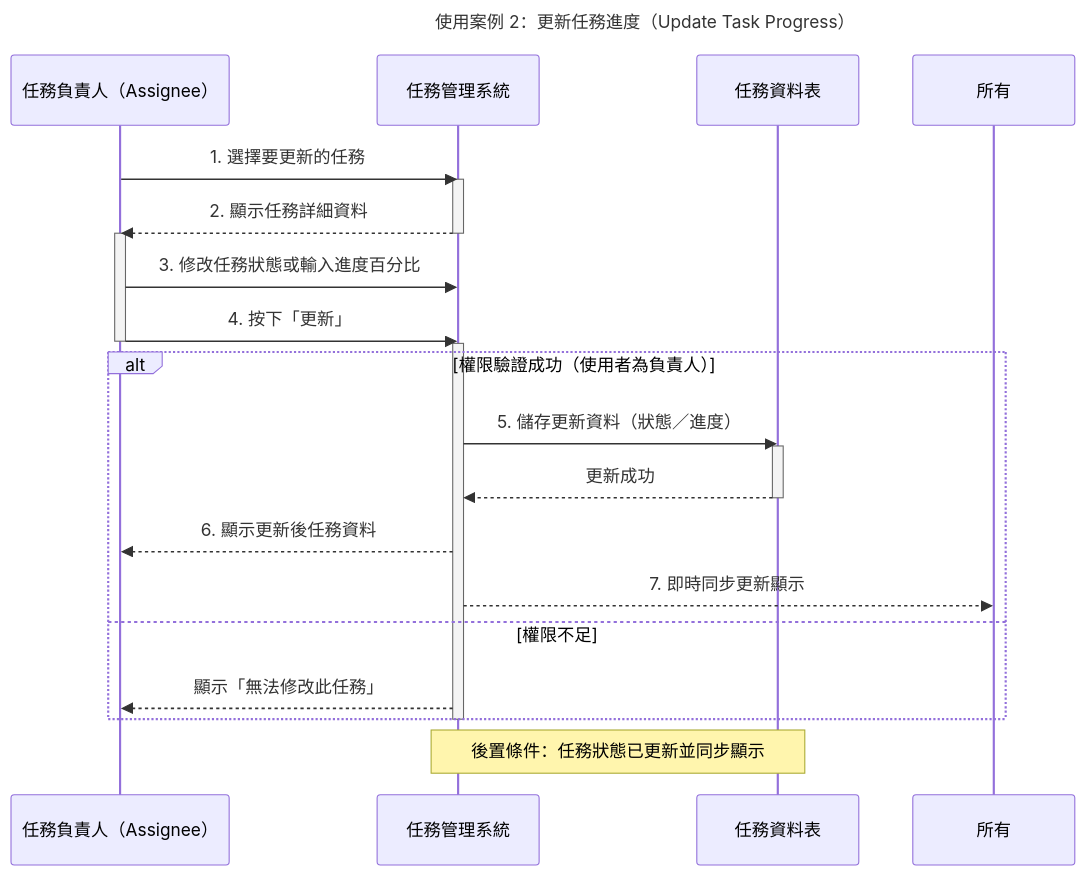
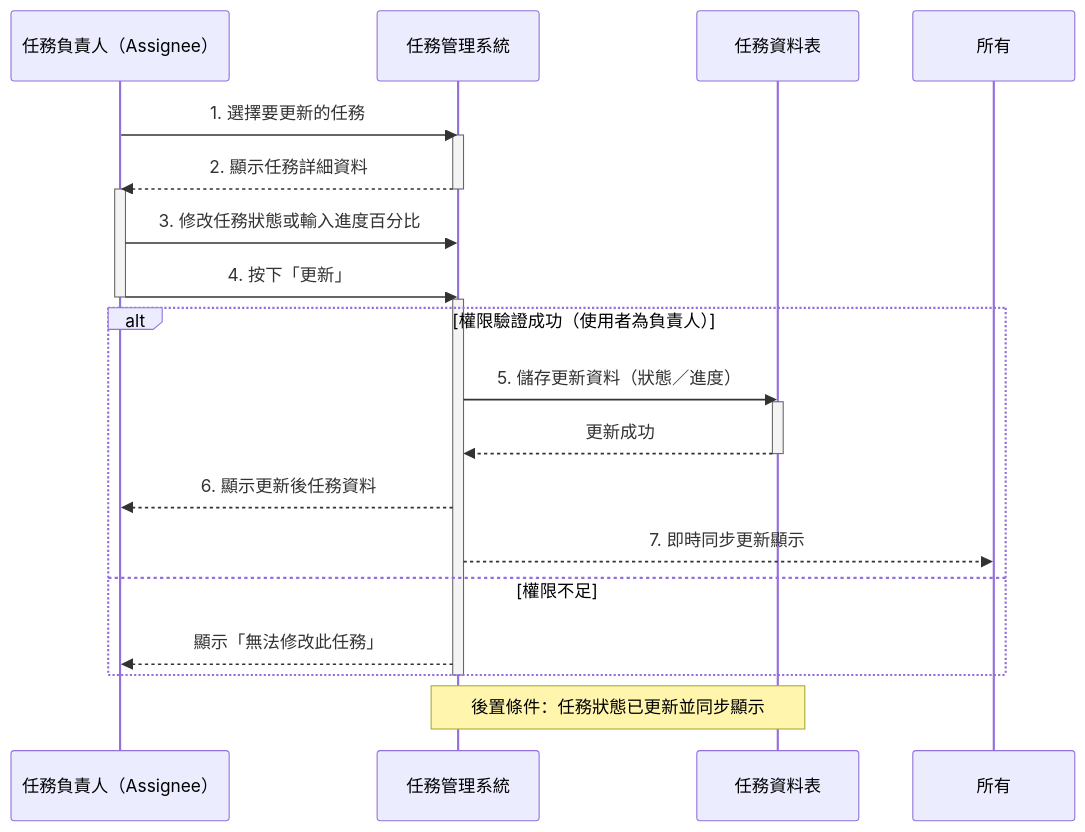
The second of 5 diagrams in hw5.md (zhuang147/Task-Management), drawn with Mermaid before and after one commit. The commit also changed other lines of this file, not shown here.

````diff
--- a/hw5.md
+++ b/hw5.md
@@ -46,42 +46,42 @@
 ```mermaid
 sequenceDiagram
-    title 使用案例 2：更新任務進度（Update Task Progress）
+
 
     participant 使用者 as 任務負責人（Assignee）
     participant 系統 as 任務管理系統
     participant 任務資料庫 as 任務資料表
 
     %% 使用者選擇任務（使用者有焦點在互動）
     
     使用者->>系統: 1. 選擇要更新的任務
     
 
     %% 系統處理並顯示詳細（系統被聚焦）
     activate 系統
     系統-->>使用者: 2. 顯示任務詳細資料
     deactivate 系統
 
     %% 使用者修改並按下更新（使用者再次聚焦）
     activate 使用者
     使用者->>系統: 3. 修改任務狀態或輸入進度百分比
     使用者->>系統: 4. 按下「更新」
     deactivate 使用者
 
     %% 系統驗證權限並儲存（系統與資料庫產生焦點）
     activate 系統
     alt 權限驗證成功（使用者為負責人）
         系統->>任務資料庫: 5. 儲存更新資料（狀態／進度）
         activate 任務資料庫
         任務資料庫-->>系統: 更新成功
         deactivate 任務資料庫
 
         系統-->>使用者: 6. 顯示更新後任務資料
         %% 系統推送即時同步通知（系統維持焦點）
         系統-->>所有: 7. 即時同步更新顯示
     else 權限不足
         系統-->>使用者: 顯示「無法修改此任務」
     end
     deactivate 系統
 
     note over 系統,任務資料庫: 後置條件：任務狀態已更新並同步顯示
 ```
````
